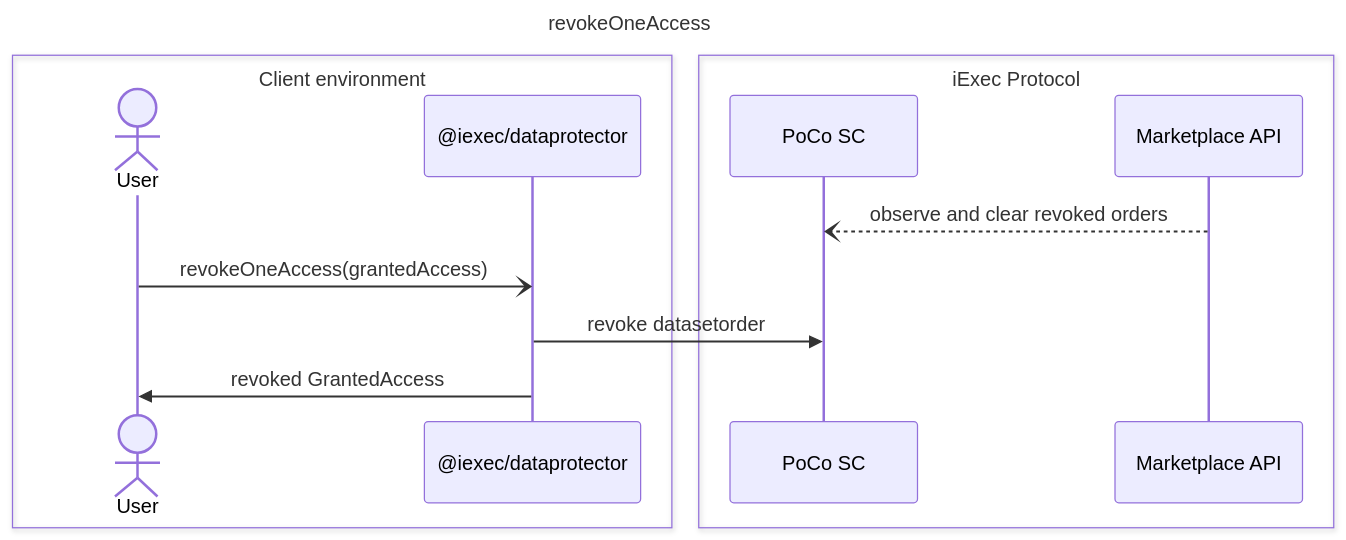
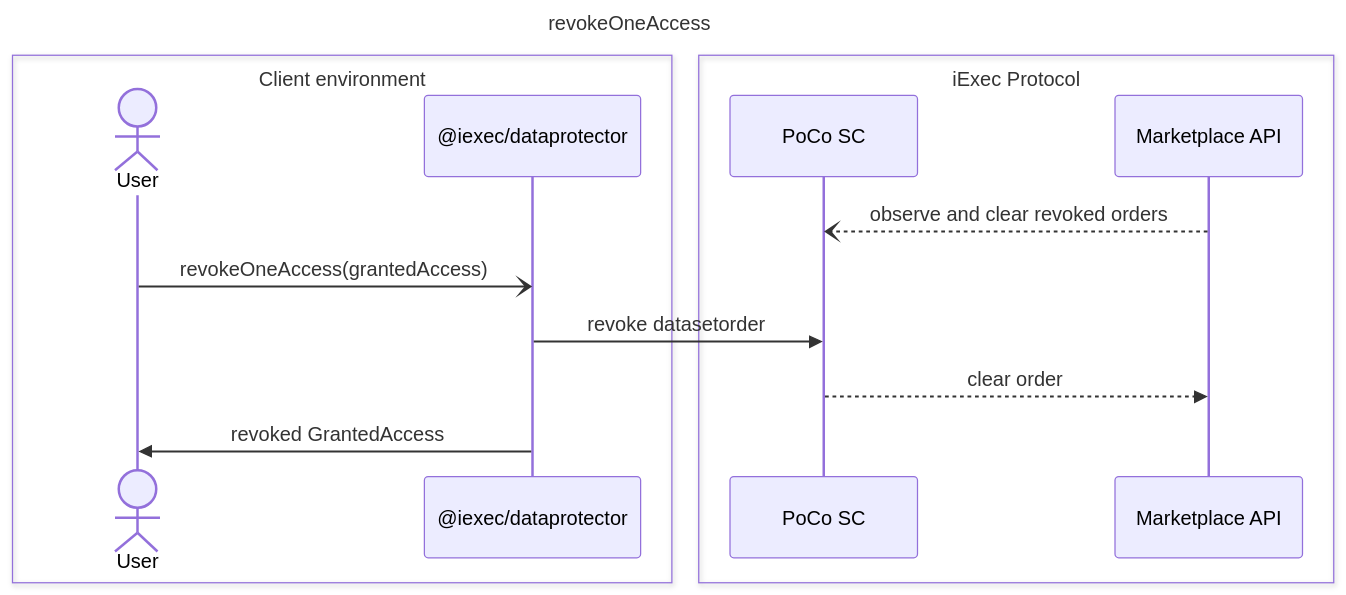
One commit to iExecBlockchainComputing/dataprotector-sdk changed the diagram in technical-design/uml/sequence-revokeOneAccess.md. Above: the diagram before and after it, drawn with Mermaid. The commit also changed 1 other file, not shown here.

Commit message:
add clear order arrows

````diff
--- a/technical-design/uml/sequence-revokeOneAccess.md
+++ b/technical-design/uml/sequence-revokeOneAccess.md
@@ -3,22 +3,24 @@
 ```mermaid
 sequenceDiagram
     title revokeOneAccess
 
     box Client environment
         actor User
         participant SDK as @iexec/dataprotector
     end
 
     box iExec Protocol
         participant POCO as PoCo SC
         participant Market as Marketplace API
     end
 
     Market --) POCO : observe and clear revoked orders
 
     User -) SDK: revokeOneAccess(grantedAccess)
 
     SDK ->> POCO: revoke datasetorder
 
+    POCO -->> Market: clear order
+
     SDK ->> User: revoked GrantedAccess
 ```
````
